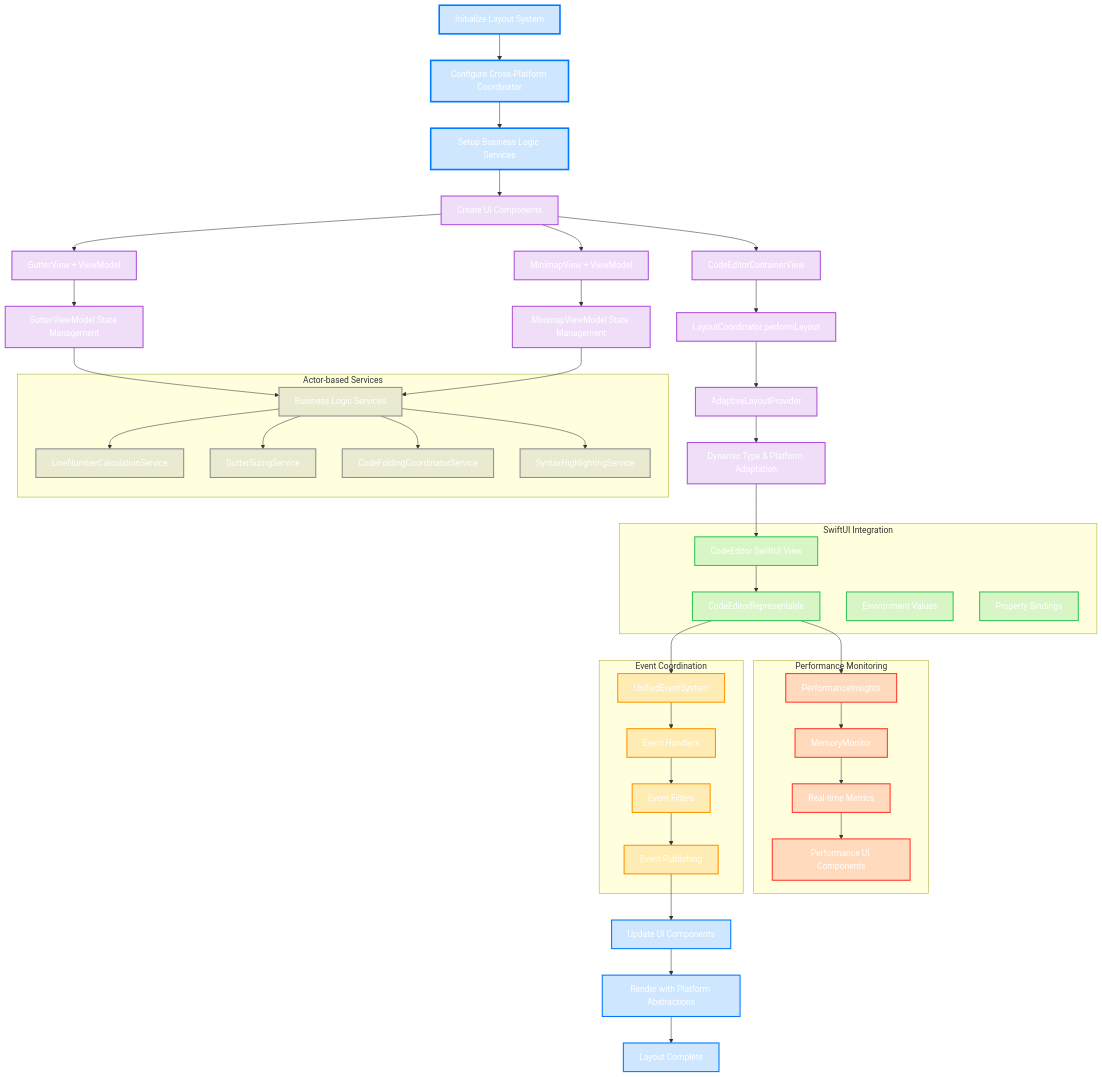
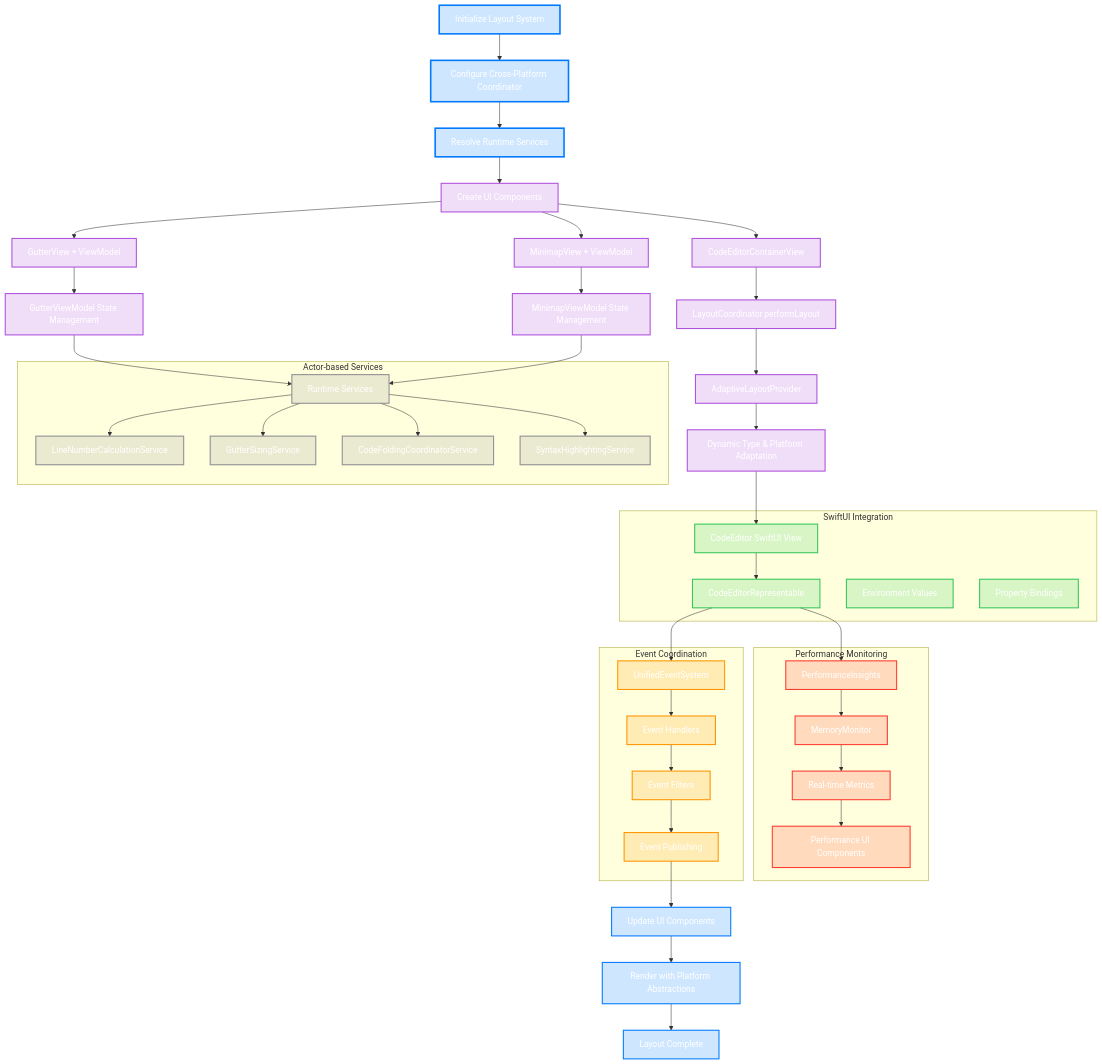
One commit to ajmcclary/CodeEditorKit changed the second of 2 diagrams in docs/Diagrams/22-advanced-layout-ui-components.md. Above: the diagram before and after it, drawn with Mermaid. The commit also changed other lines of this file and 26 other files, not shown here.

````diff
--- a/docs/Diagrams/22-advanced-layout-ui-components.md
+++ b/docs/Diagrams/22-advanced-layout-ui-components.md
@@ -409,7 +409,7 @@
 ```mermaid
 flowchart TB
     INIT[Initialize Layout System] --> CONFIG[Configure Cross-Platform Coordinator]
-    CONFIG --> SERVICES[Setup Business Logic Services]
+    CONFIG --> SERVICES[Resolve Runtime Services]
     SERVICES --> COMPONENTS[Create UI Components]
     
     COMPONENTS --> CONTAINER[CodeEditorContainerView]
@@ -445,7 +445,7 @@
     end
     
     subgraph "Actor-based Services"
-        ACTORS[Business Logic Services]
+        ACTORS[Runtime Services]
         LINES[LineNumberCalculationService]
         SIZING[GutterSizingService]
         FOLDING[CodeFoldingCoordinatorService]
````
